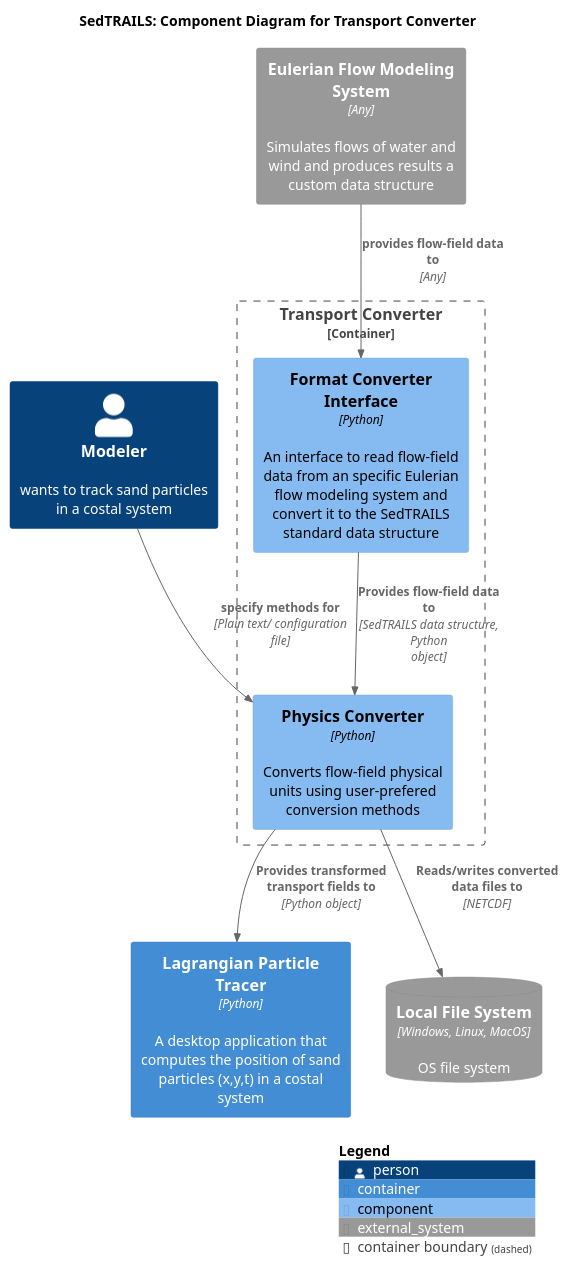
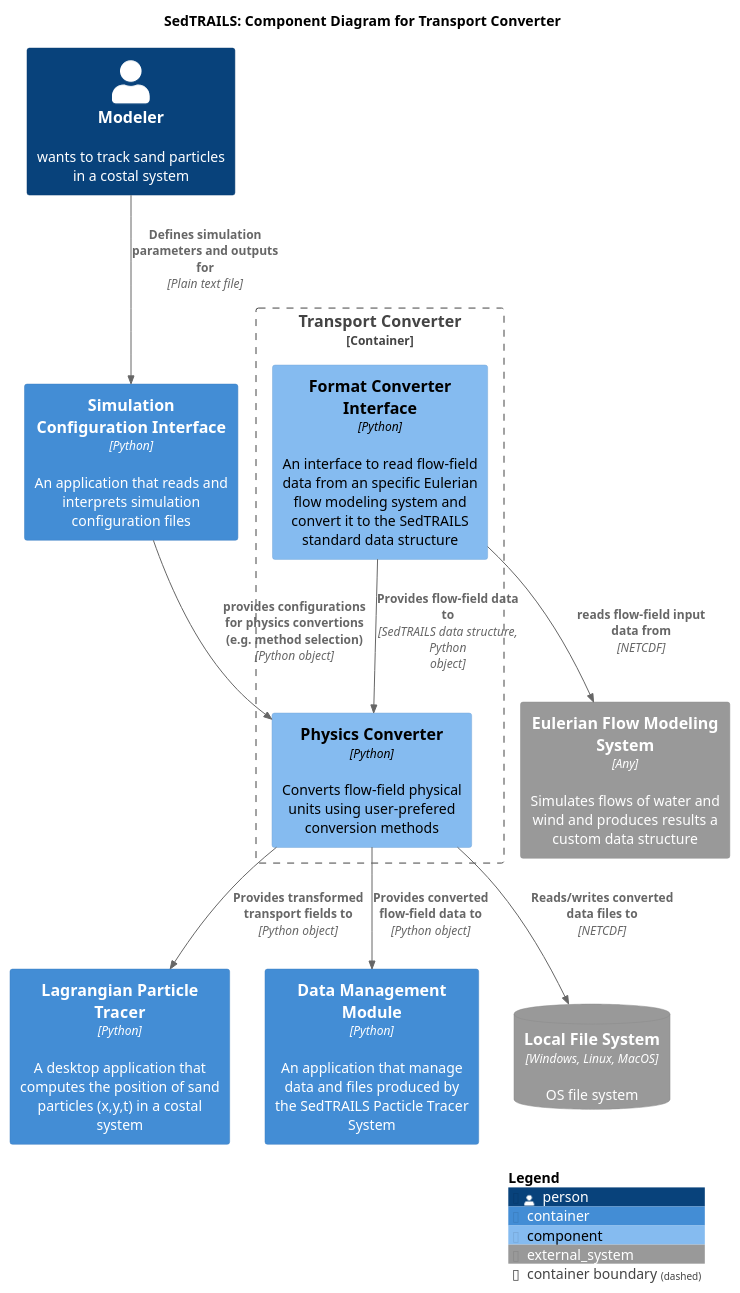
One commit to sgpearson17/sedtrails-sgp changed the diagram in diagrams/componets-converter-app.puml. Above: the diagram before and after it, drawn with PlantUML.

Commit message:
update componets converter based on notes 29-Jan

```diff
--- a/diagrams/componets-converter-app.puml
+++ b/diagrams/componets-converter-app.puml
@@ -1,33 +1,40 @@
 @startuml SedtrailComponentsConverter
 !include ./c4/C4_Component.puml
 
 ' LAYOUT_LANDSCAPE()
 
 title SedTRAILS: Component Diagram for Transport Converter
 scale 1
 
 Person(modeler, "Modeler", "wants to track sand particles in a costal system")
 
+Container(configInterface, "Simulation Configuration Interface", "Python", "An application that reads and interprets simulation configuration files")
+
 Container_Boundary(transportConverter, "Transport Converter"){ 
     
     Component(formatConverter, "Format Converter Interface", "Python", "An interface to read flow-field data from an specific Eulerian flow modeling system and convert it to the SedTRAILS standard data structure")
 
     Component(physicsConverter, "Physics Converter", "Python", "Converts flow-field physical units using user-prefered conversion methods")
         
     Rel(formatConverter, physicsConverter, "Provides flow-field data to", "SedTRAILS data structure, Python object")
 
-    Rel(modeler, physicsConverter, "specify methods for", "Plain text/ configuration file")
+    Rel(modeler, configInterface, "Defines simulation parameters and outputs for", "Plain text file")
+
+    Rel(configInterface, physicsConverter, "provides configurations for physics convertions (e.g. method selection)", "Python object")
 }
 
 Container(particleTracer, "Lagrangian Particle Tracer", "Python", "A desktop application that computes the position of sand particles (x,y,t) in a costal system")
 
+Container(dataManager, "Data Management Module", "Python", "An application that manage data and files produced by the SedTRAILS Pacticle Tracer System")
+
 System_Ext(flowSystem, "Eulerian Flow Modeling System", "Simulates flows of water and wind and produces results a custom data structure", $type="Any")
 SystemDb_Ext(fileSystem, "Local File System", "OS file system", $type="Windows, Linux, MacOS")
 
+Rel(physicsConverter, dataManager, "Provides converted flow-field data to", "Python object")
 Rel(physicsConverter, particleTracer, "Provides transformed transport fields to", "Python object")
 Rel(physicsConverter, fileSystem, "Reads/writes converted data files to", "NETCDF")
 
-Rel(flowSystem, formatConverter, "provides flow-field data to ", "Any")
+Rel( formatConverter, flowSystem, "reads flow-field input data from", "NETCDF")
 
 SHOW_LEGEND()
 @enduml
```
